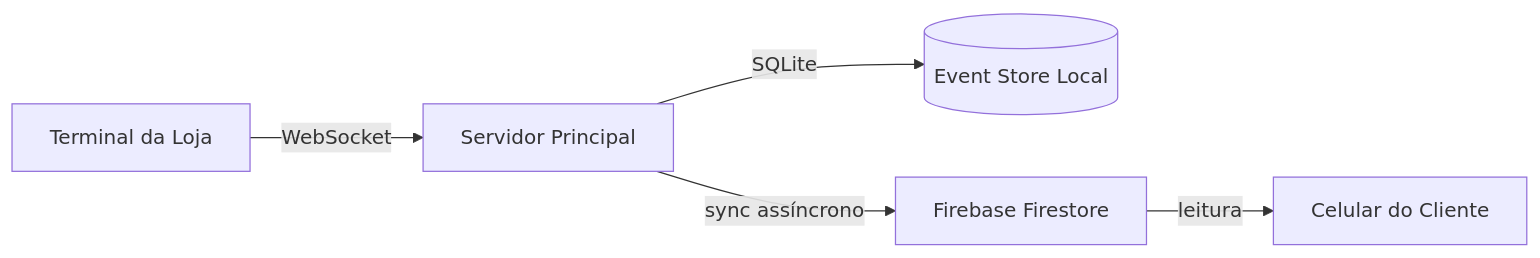
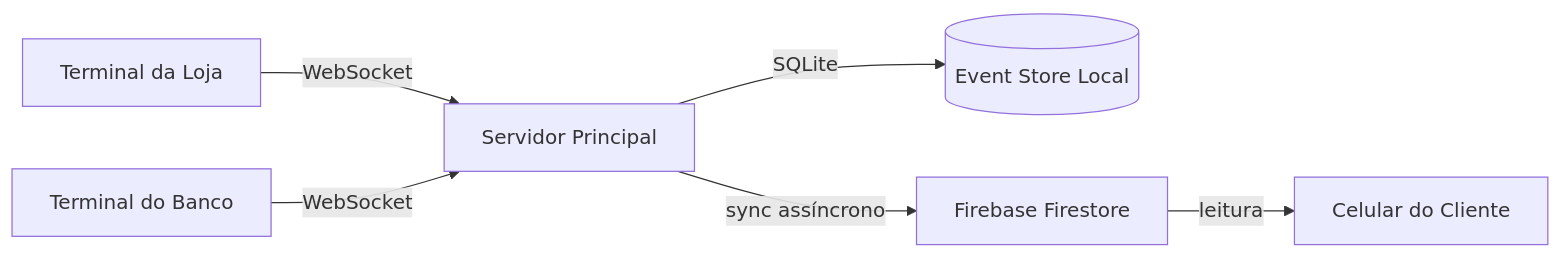
One commit to fiorionrails/feira-da-troca changed the diagram in docs/index.md. Above: the diagram before and after it, drawn with Mermaid. The commit also changed other lines of this file and 10 other files, not shown here.

Commit message:
docs: initialize project documentation with architecture overview, ADRs, and guides.

````diff
--- a/docs/index.md
+++ b/docs/index.md
@@ -31,7 +29,8 @@
 ```mermaid
 graph LR
     A[Terminal da Loja] -- WebSocket --> B[Servidor Principal]
+    F[Terminal do Banco] -- WebSocket --> B
     B -- SQLite --> C[(Event Store Local)]
     B -- sync assíncrono --> D[Firebase Firestore]
     D -- leitura --> E[Celular do Cliente]
 ```
````
